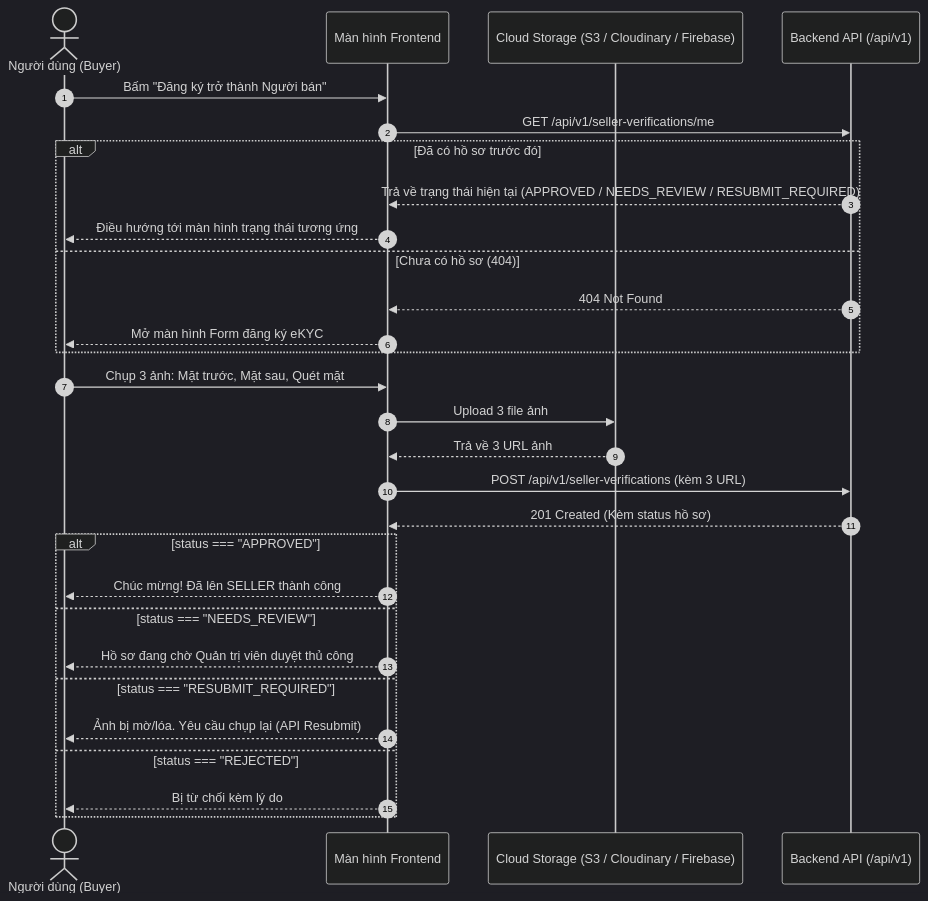
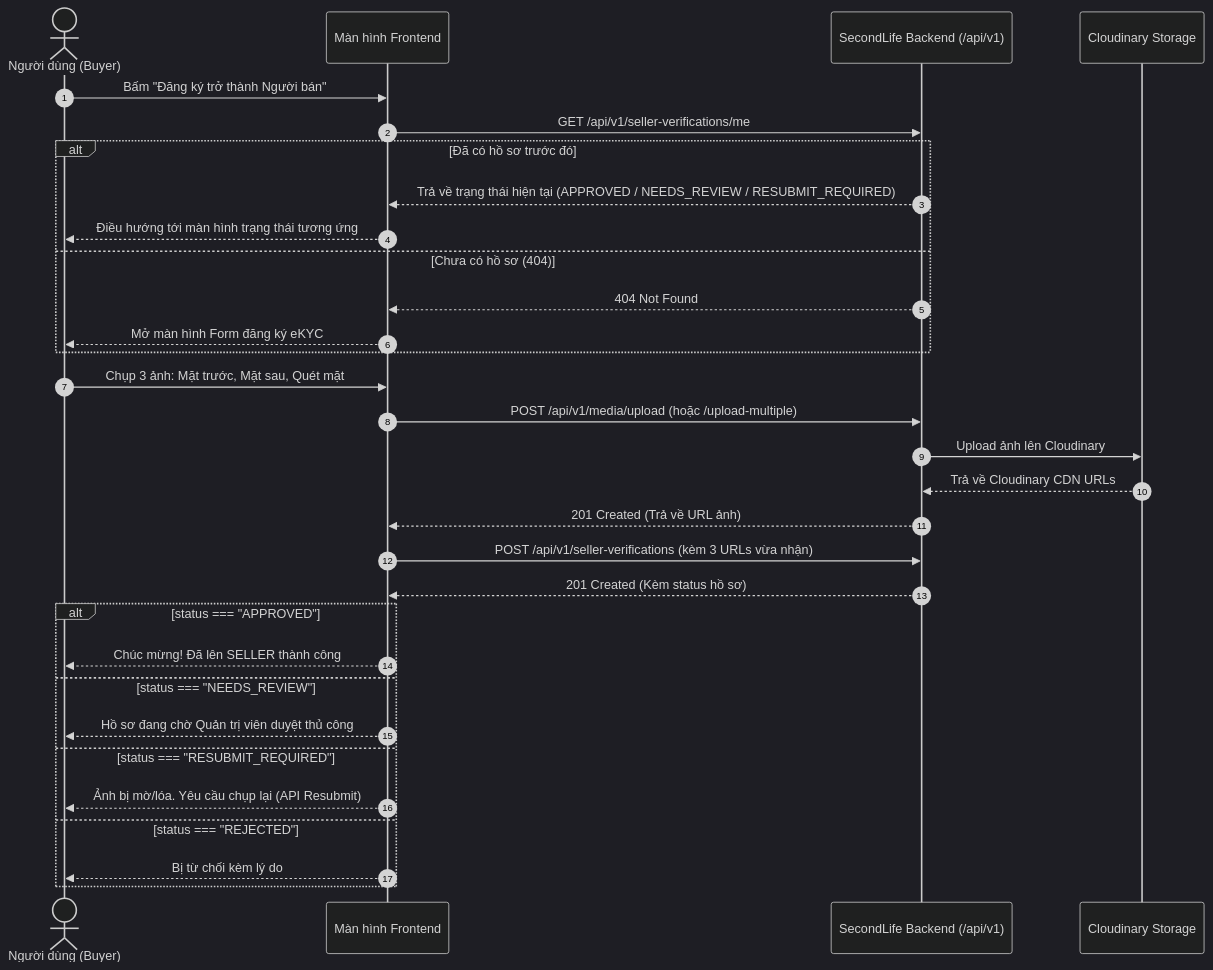
One commit to HieuTuan/BE_SecondLife changed the diagram in secondLife/docs/FE_EKYC_INTEGRATION_GUIDE.md. Above: the diagram before and after it, drawn with Mermaid (dark theme). The commit also changed other lines of this file and 11 other files, not shown here.

````diff
--- a/secondLife/docs/FE_EKYC_INTEGRATION_GUIDE.md
+++ b/secondLife/docs/FE_EKYC_INTEGRATION_GUIDE.md
@@ -16,34 +16,37 @@
 ```mermaid
 sequenceDiagram
     autonumber
     actor User as Người dùng (Buyer)
     participant FE as Màn hình Frontend
-    participant Cloud as Cloud Storage (S3 / Cloudinary / Firebase)
-    participant BE as Backend API (/api/v1)
+    participant BE as SecondLife Backend (/api/v1)
+    participant Cloud as Cloudinary Storage
 
     User->>FE: Bấm "Đăng ký trở thành Người bán"
     FE->>BE: GET /api/v1/seller-verifications/me
     alt Đã có hồ sơ trước đó
         BE-->>FE: Trả về trạng thái hiện tại (APPROVED / NEEDS_REVIEW / RESUBMIT_REQUIRED)
         FE-->>User: Điều hướng tới màn hình trạng thái tương ứng
     else Chưa có hồ sơ (404)
         BE-->>FE: 404 Not Found
         FE-->>User: Mở màn hình Form đăng ký eKYC
     end
 
     User->>FE: Chụp 3 ảnh: Mặt trước, Mặt sau, Quét mặt
-    FE->>Cloud: Upload 3 file ảnh
-    Cloud-->>FE: Trả về 3 URL ảnh
-    FE->>BE: POST /api/v1/seller-verifications (kèm 3 URL)
+    FE->>BE: POST /api/v1/media/upload (hoặc /upload-multiple)
+    BE->>Cloud: Upload ảnh lên Cloudinary
+    Cloud-->>BE: Trả về Cloudinary CDN URLs
+    BE-->>FE: 201 Created (Trả về URL ảnh)
+    
+    FE->>BE: POST /api/v1/seller-verifications (kèm 3 URLs vừa nhận)
     BE-->>FE: 201 Created (Kèm status hồ sơ)
     
     alt status === "APPROVED"
         FE-->>User: Chúc mừng! Đã lên SELLER thành công
     else status === "NEEDS_REVIEW"
         FE-->>User: Hồ sơ đang chờ Quản trị viên duyệt thủ công
     else status === "RESUBMIT_REQUIRED"
         FE-->>User: Ảnh bị mờ/lóa. Yêu cầu chụp lại (API Resubmit)
     else status === "REJECTED"
         FE-->>User: Bị từ chối kèm lý do
     end
 ```
````
